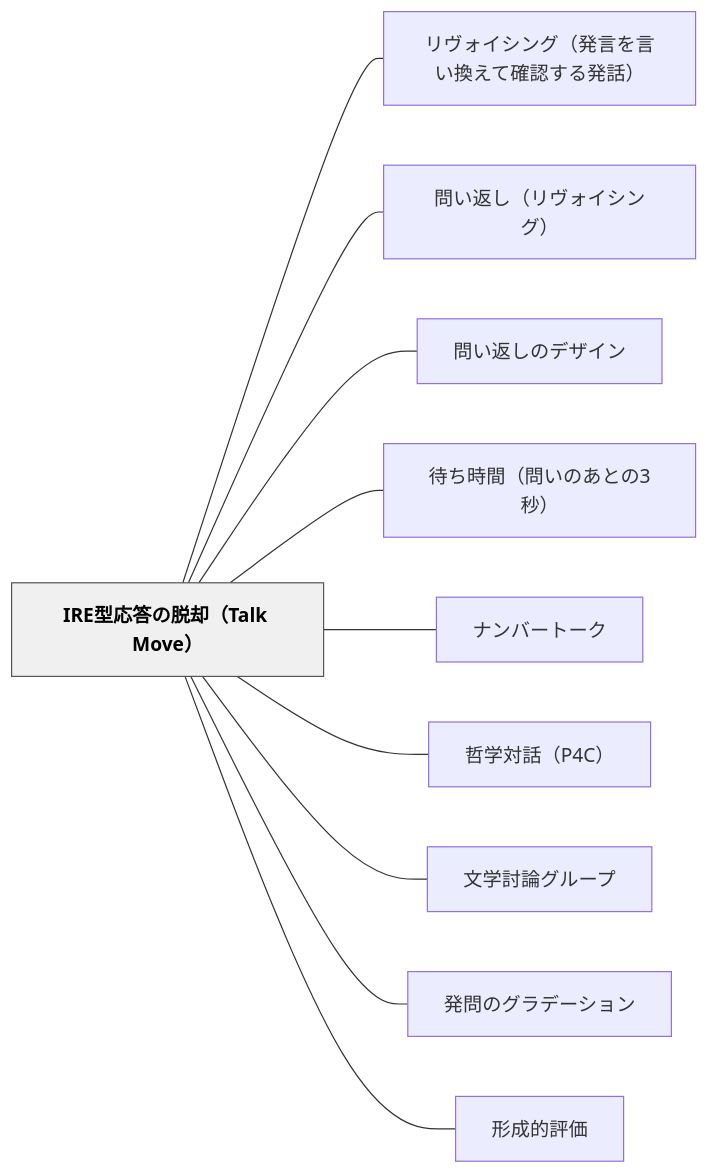
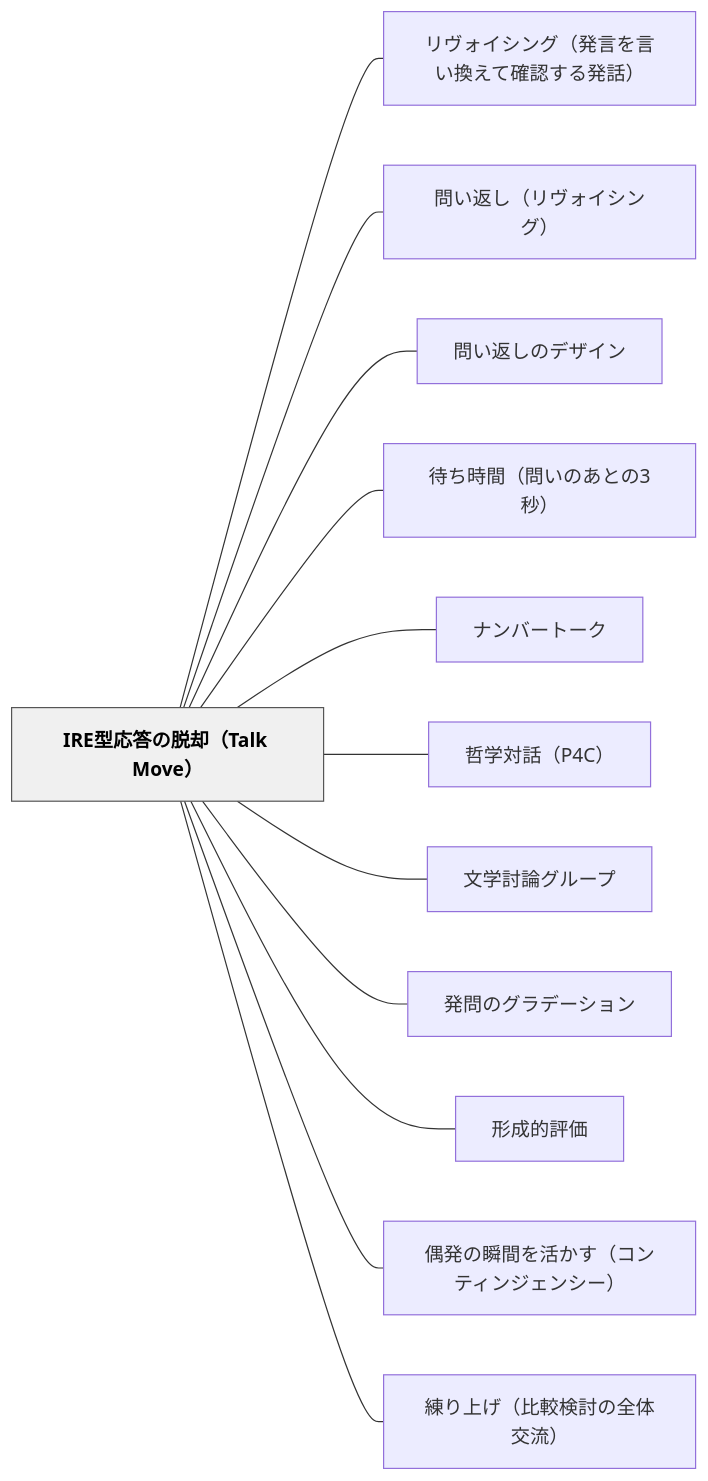
The diagram in content/パタン/IRE型応答の脱却（Talk Move）.md (unknownthings-ed-patterns/unknownthings-ed-patterns), drawn with Mermaid before and after one commit. The commit also changed other lines of this file and 84 other files, not shown here.

````diff
--- a/content/パタン/IRE型応答の脱却（Talk Move）.md
+++ b/content/パタン/IRE型応答の脱却（Talk Move）.md
@@ -146,26 +150,30 @@
 ```mermaid
 flowchart LR
     n495245e59e8be5bf9ce7ad94e381aee884b1e58db4efbc8854616c6b204d6f7665efbc89["IRE型応答の脱却（Talk Move）"]
     ne383aae383b4e382a9e382a4e382b7e383b3e382b0efbc88e799bae8a880e38292e8a880e38184e68f9be38188e381a6e7a2bae8aa8de38199e3828be799bae8a9b1efbc89["リヴォイシング（発言を言い換えて確認する発話）"]
     ne5958fe38184e8bf94e38197efbc88e383aae383b4e382a9e382a4e382b7e383b3e382b0efbc89["問い返し（リヴォイシング）"]
     ne5958fe38184e8bf94e38197e381aee38387e382b6e382a4e383b3["問い返しのデザイン"]
     ne5be85e381a1e69982e99693efbc88e5958fe38184e381aee38182e381a8e381ae33e7a792efbc89["待ち時間（問いのあとの3秒）"]
     ne3838ae383b3e38390e383bce38388e383bce382af["ナンバートーク"]
     ne593b2e5ada6e5afbee8a9b1efbc88503443efbc89["哲学対話（P4C）"]
     ne69687e5ada6e8a88ee8ab96e382b0e383abe383bce38397["文学討論グループ"]
     ne799bae5958fe381aee382b0e383a9e38387e383bce382b7e383a7e383b3["発問のグラデーション"]
     ne5bda2e68890e79a84e8a995e4bea1["形成的評価"]
+    ne581b6e799bae381aee79eace99693e38292e6b4bbe3818be38199efbc88e382b3e383b3e38386e382a3e383b3e382b8e382a7e383b3e382b7e383bcefbc89["偶発の瞬間を活かす（コンティンジェンシー）"]
+    ne7b7b4e3828ae4b88ae38192efbc88e6af94e8bc83e6a49ce8a88ee381aee585a8e4bd93e4baa4e6b581efbc89["練り上げ（比較検討の全体交流）"]
 
     n495245e59e8be5bf9ce7ad94e381aee884b1e58db4efbc8854616c6b204d6f7665efbc89 --- ne383aae383b4e382a9e382a4e382b7e383b3e382b0efbc88e799bae8a880e38292e8a880e38184e68f9be38188e381a6e7a2bae8aa8de38199e3828be799bae8a9b1efbc89
     n495245e59e8be5bf9ce7ad94e381aee884b1e58db4efbc8854616c6b204d6f7665efbc89 --- ne5958fe38184e8bf94e38197efbc88e383aae383b4e382a9e382a4e382b7e383b3e382b0efbc89
     n495245e59e8be5bf9ce7ad94e381aee884b1e58db4efbc8854616c6b204d6f7665efbc89 --- ne5958fe38184e8bf94e38197e381aee38387e382b6e382a4e383b3
     n495245e59e8be5bf9ce7ad94e381aee884b1e58db4efbc8854616c6b204d6f7665efbc89 --- ne5be85e381a1e69982e99693efbc88e5958fe38184e381aee38182e381a8e381ae33e7a792efbc89
     n495245e59e8be5bf9ce7ad94e381aee884b1e58db4efbc8854616c6b204d6f7665efbc89 --- ne3838ae383b3e38390e383bce38388e383bce382af
     n495245e59e8be5bf9ce7ad94e381aee884b1e58db4efbc8854616c6b204d6f7665efbc89 --- ne593b2e5ada6e5afbee8a9b1efbc88503443efbc89
     n495245e59e8be5bf9ce7ad94e381aee884b1e58db4efbc8854616c6b204d6f7665efbc89 --- ne69687e5ada6e8a88ee8ab96e382b0e383abe383bce38397
     n495245e59e8be5bf9ce7ad94e381aee884b1e58db4efbc8854616c6b204d6f7665efbc89 --- ne799bae5958fe381aee382b0e383a9e38387e383bce382b7e383a7e383b3
     n495245e59e8be5bf9ce7ad94e381aee884b1e58db4efbc8854616c6b204d6f7665efbc89 --- ne5bda2e68890e79a84e8a995e4bea1
+    n495245e59e8be5bf9ce7ad94e381aee884b1e58db4efbc8854616c6b204d6f7665efbc89 --- ne581b6e799bae381aee79eace99693e38292e6b4bbe3818be38199efbc88e382b3e383b3e38386e382a3e383b3e382b8e382a7e383b3e382b7e383bcefbc89
+    n495245e59e8be5bf9ce7ad94e381aee884b1e58db4efbc8854616c6b204d6f7665efbc89 --- ne7b7b4e3828ae4b88ae38192efbc88e6af94e8bc83e6a49ce8a88ee381aee585a8e4bd93e4baa4e6b581efbc89
 
     classDef hub fill:#f0f0f0,stroke:#555,color:#000,font-weight:bold
     class n495245e59e8be5bf9ce7ad94e381aee884b1e58db4efbc8854616c6b204d6f7665efbc89 hub
 ```
````
